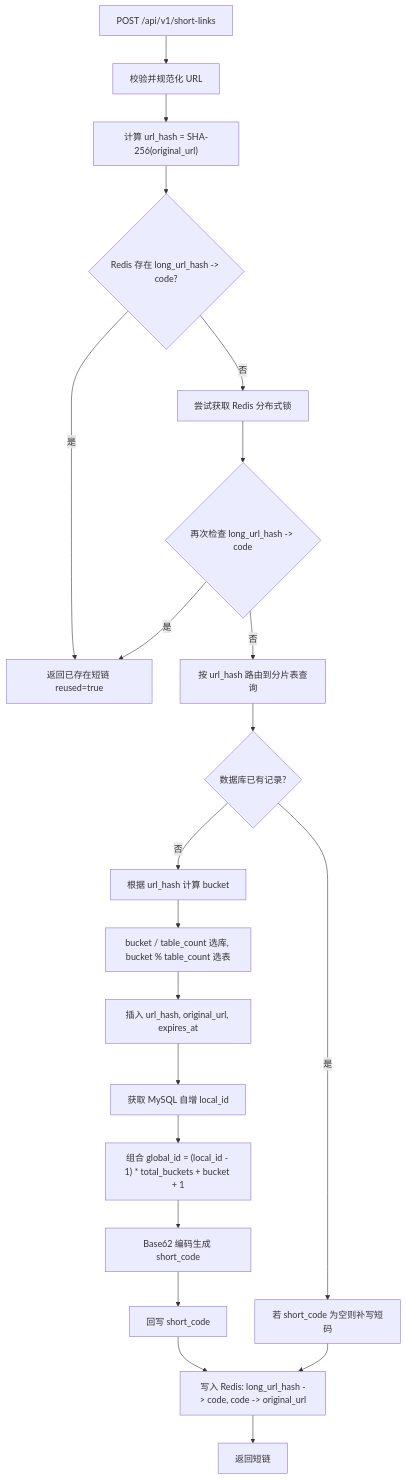
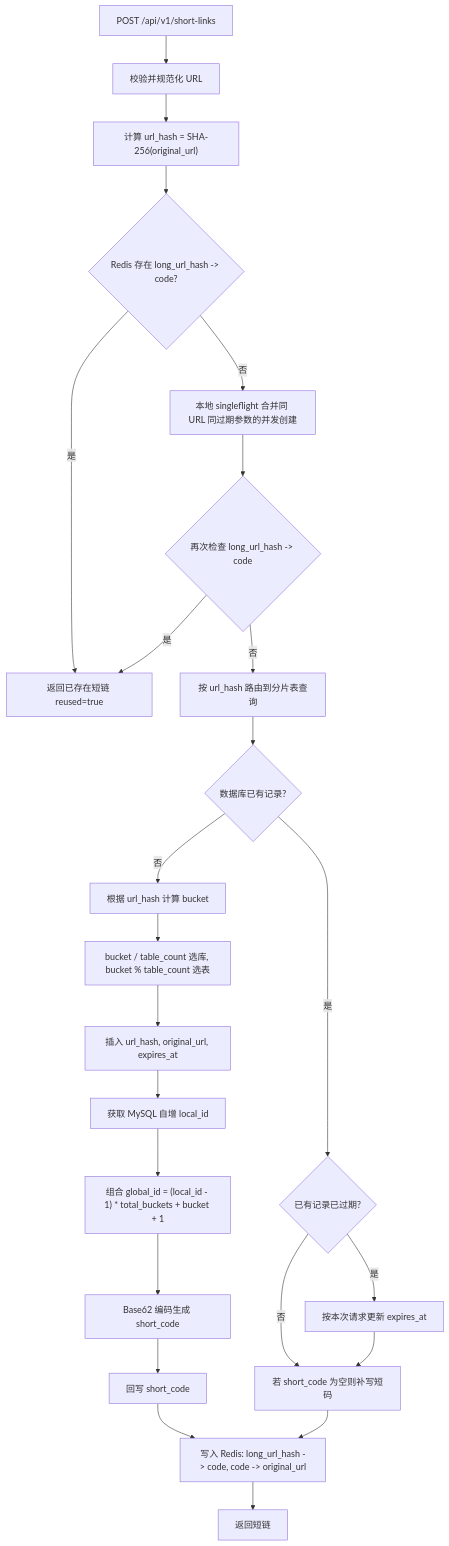
The second of 5 diagrams in README.md (serendipityConfusion/short-url), drawn with Mermaid before and after one commit. The commit also changed other lines of this file and 8 other files, not shown here.

````diff
--- a/README.md
+++ b/README.md
@@ -34,23 +35,26 @@
 ```mermaid
 flowchart TD
   start["POST /api/v1/short-links"] --> validate["校验并规范化 URL"]
   validate --> hash["计算 url_hash = SHA-256(original_url)"]
   hash --> cacheLong{"Redis 存在 long_url_hash -> code?"}
   cacheLong -- "是" --> returnCached["返回已存在短链 reused=true"]
-  cacheLong -- "否" --> lock["尝试获取 Redis 分布式锁"]
-  lock --> cacheAgain{"再次检查 long_url_hash -> code"}
+  cacheLong -- "否" --> singleflight["本地 singleflight 合并同 URL 同过期参数的并发创建"]
+  singleflight --> cacheAgain{"再次检查 long_url_hash -> code"}
   cacheAgain -- "是" --> returnCached
   cacheAgain -- "否" --> findHash["按 url_hash 路由到分片表查询"]
   findHash --> existed{"数据库已有记录?"}
-  existed -- "是" --> ensureCode["若 short_code 为空则补写短码"]
+  existed -- "是" --> expiredExisting{"已有记录已过期?"}
+  expiredExisting -- "是" --> refreshExpire["按本次请求更新 expires_at"]
+  expiredExisting -- "否" --> ensureCode["若 short_code 为空则补写短码"]
+  refreshExpire --> ensureCode
   existed -- "否" --> bucket["根据 url_hash 计算 bucket"]
   bucket --> route["bucket / table_count 选库, bucket % table_count 选表"]
   route --> insert["插入 url_hash, original_url, expires_at"]
   insert --> localID["获取 MySQL 自增 local_id"]
   localID --> globalID["组合 global_id = (local_id - 1) * total_buckets + bucket + 1"]
   globalID --> base62["Base62 编码生成 short_code"]
   base62 --> updateCode["回写 short_code"]
   updateCode --> writeCache["写入 Redis: long_url_hash -> code, code -> original_url"]
   ensureCode --> writeCache
   writeCache --> done["返回短链"]
 ```
````
